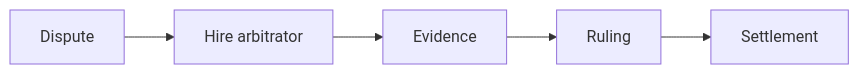
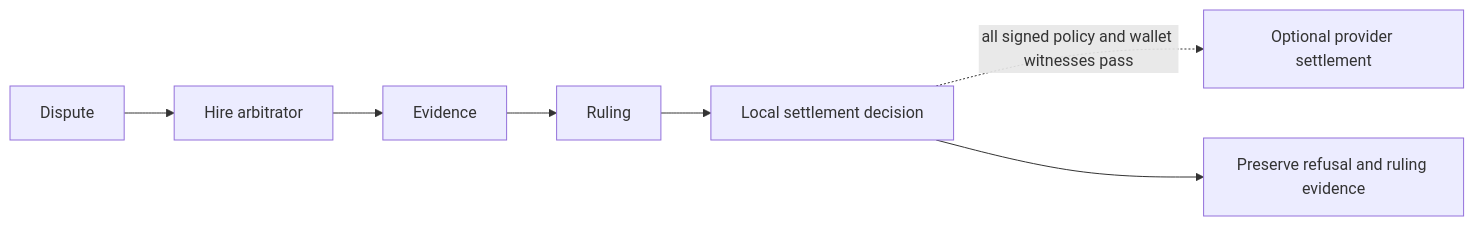
The second of 8 diagrams in SPEC.md (0xgleb/agentopoly), drawn with Mermaid before and after one commit. The commit also changed other lines of this file and 12 other files, not shown here.

````diff
--- a/SPEC.md
+++ b/SPEC.md
@@ -19,4 +19,6 @@
 ```mermaid
 flowchart LR
-  Dispute --> HireArbitrator["Hire arbitrator"] --> Evidence --> Ruling --> Settlement
+  Dispute --> HireArbitrator["Hire arbitrator"] --> Evidence --> Ruling --> LocalDecision["Local settlement decision"]
+  LocalDecision -. "all signed policy and wallet witnesses pass" .-> OptionalSettlement["Optional provider settlement"]
+  LocalDecision --> PreserveRefusal["Preserve refusal and ruling evidence"]
 ```
````
